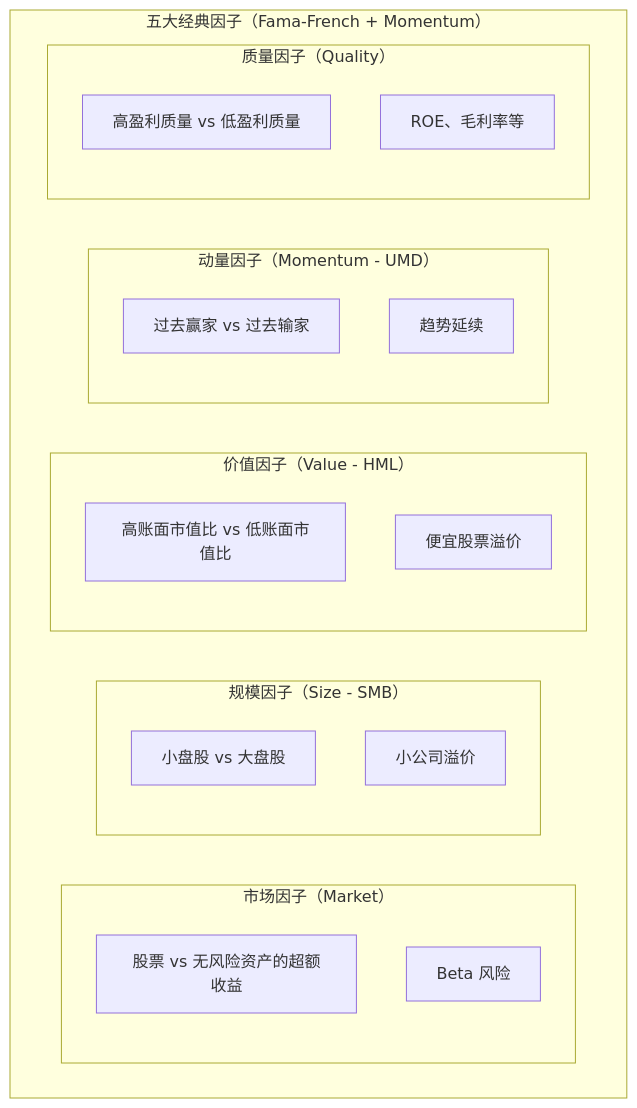
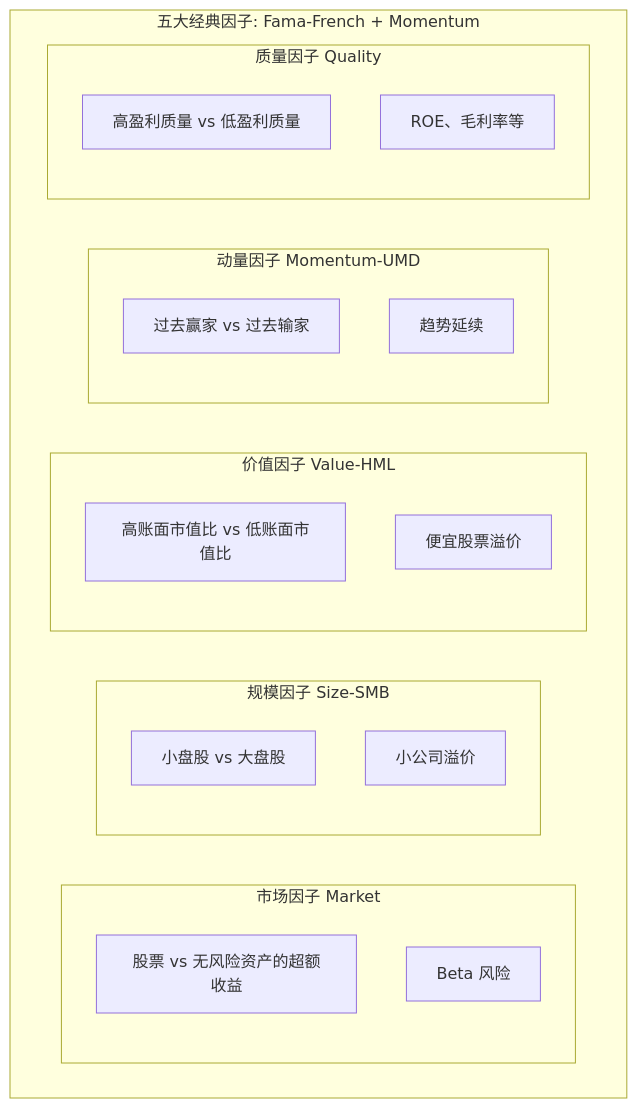
One commit to jpixy/jpixy.github.io changed diagram 11 of 17 in content/articles/quant/quant-05-个人量化常用策略详解.md. Above: the diagram before and after it, drawn with Mermaid. The commit also changed other lines of this file and 66 other files, not shown here.

Commit message:
fix: resolve Mermaid syntax errors by removing parentheses in node labels

````diff
--- a/content/articles/quant/quant-05-个人量化常用策略详解.md
+++ b/content/articles/quant/quant-05-个人量化常用策略详解.md
@@ -365,25 +365,25 @@
 ```mermaid
 graph TB
-    subgraph 经典因子["五大经典因子（Fama-French + Momentum）"]
-        subgraph 市场因子["市场因子（Market）"]
+    subgraph 经典因子["五大经典因子: Fama-French + Momentum"]
+        subgraph 市场因子["市场因子 Market"]
             M1["股票 vs 无风险资产的超额收益"]
             M2["Beta 风险"]
         end
-        subgraph 规模因子["规模因子（Size - SMB）"]
+        subgraph 规模因子["规模因子 Size-SMB"]
             S1["小盘股 vs 大盘股"]
             S2["小公司溢价"]
         end
-        subgraph 价值因子["价值因子（Value - HML）"]
+        subgraph 价值因子["价值因子 Value-HML"]
             V1["高账面市值比 vs 低账面市值比"]
             V2["便宜股票溢价"]
         end
-        subgraph 动量因子["动量因子（Momentum - UMD）"]
+        subgraph 动量因子["动量因子 Momentum-UMD"]
             D1["过去赢家 vs 过去输家"]
             D2["趋势延续"]
         end
-        subgraph 质量因子["质量因子（Quality）"]
+        subgraph 质量因子["质量因子 Quality"]
             Q1["高盈利质量 vs 低盈利质量"]
             Q2["ROE、毛利率等"]
         end
     end
 ```
````
